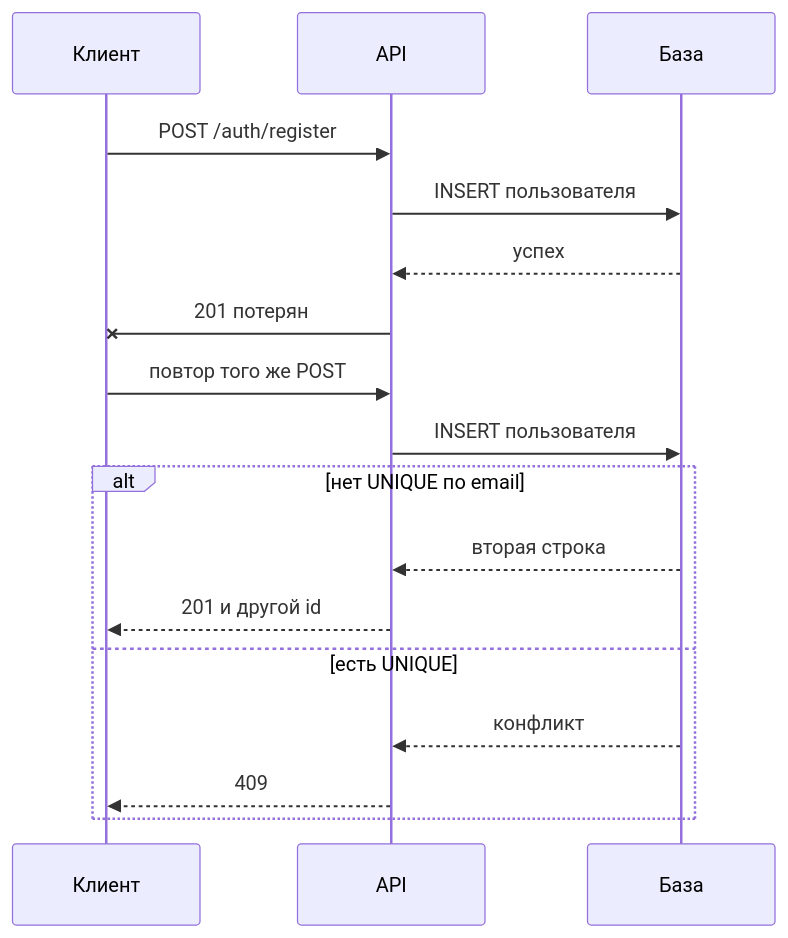
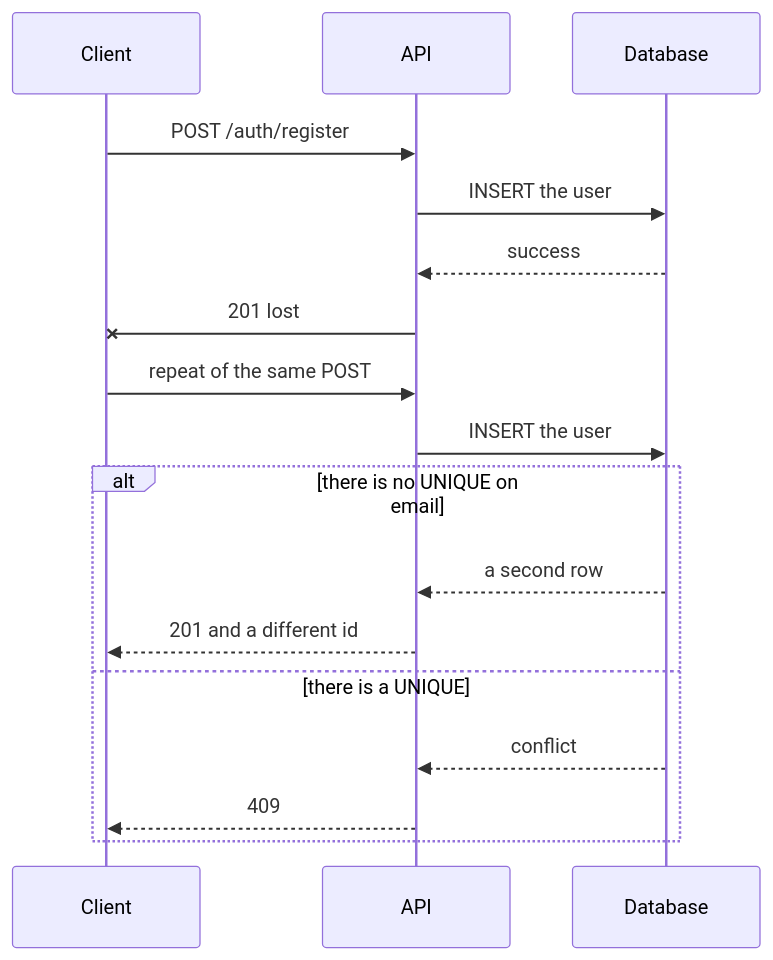
The first of 2 diagrams in courses-content/backend/A/1/en/0.4 Идемпотентность.md (pavel-skripko-innowise/inno-fe-be-a1), drawn with Mermaid before and after one commit. The commit also changed other lines of this file and 35 other files, not shown here.

````diff
--- a/courses-content/backend/A/1/en/0.4 Идемпотентность.md
+++ b/courses-content/backend/A/1/en/0.4 Идемпотентность.md
@@ -79,19 +79,19 @@
 ```mermaid
 sequenceDiagram
-  participant C as Клиент
+  participant C as Client
   participant A as API
-  participant D as База
+  participant D as Database
   C->>A: POST /auth/register
-  A->>D: INSERT пользователя
-  D-->>A: успех
-  A-xC: 201 потерян
-  C->>A: повтор того же POST
-  A->>D: INSERT пользователя
-  alt нет UNIQUE по email
-    D-->>A: вторая строка
-    A-->>C: 201 и другой id
-  else есть UNIQUE
-    D-->>A: конфликт
+  A->>D: INSERT the user
+  D-->>A: success
+  A-xC: 201 lost
+  C->>A: repeat of the same POST
+  A->>D: INSERT the user
+  alt there is no UNIQUE on email
+    D-->>A: a second row
+    A-->>C: 201 and a different id
+  else there is a UNIQUE
+    D-->>A: conflict
     A-->>C: 409
   end
 ```
````
